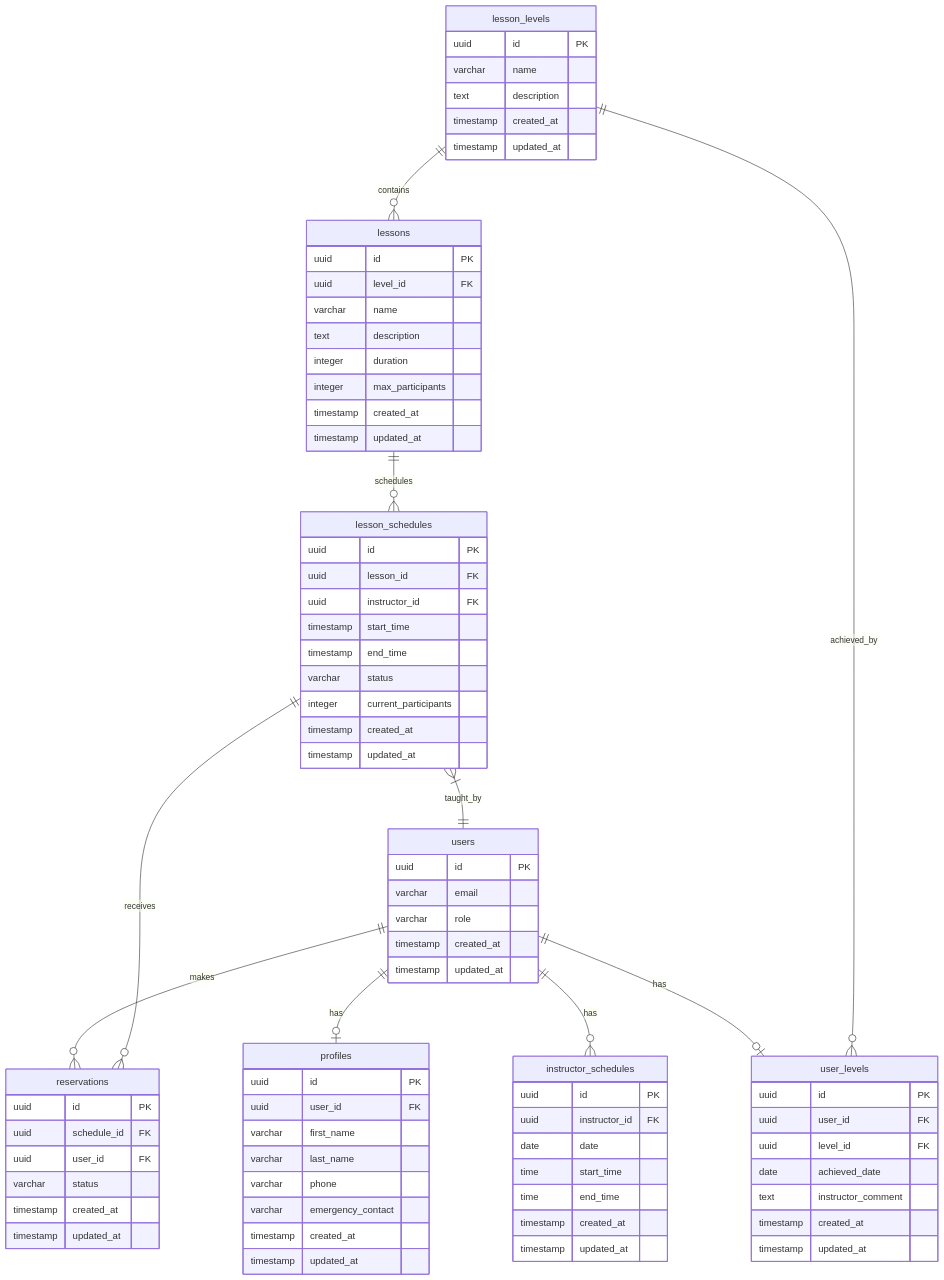
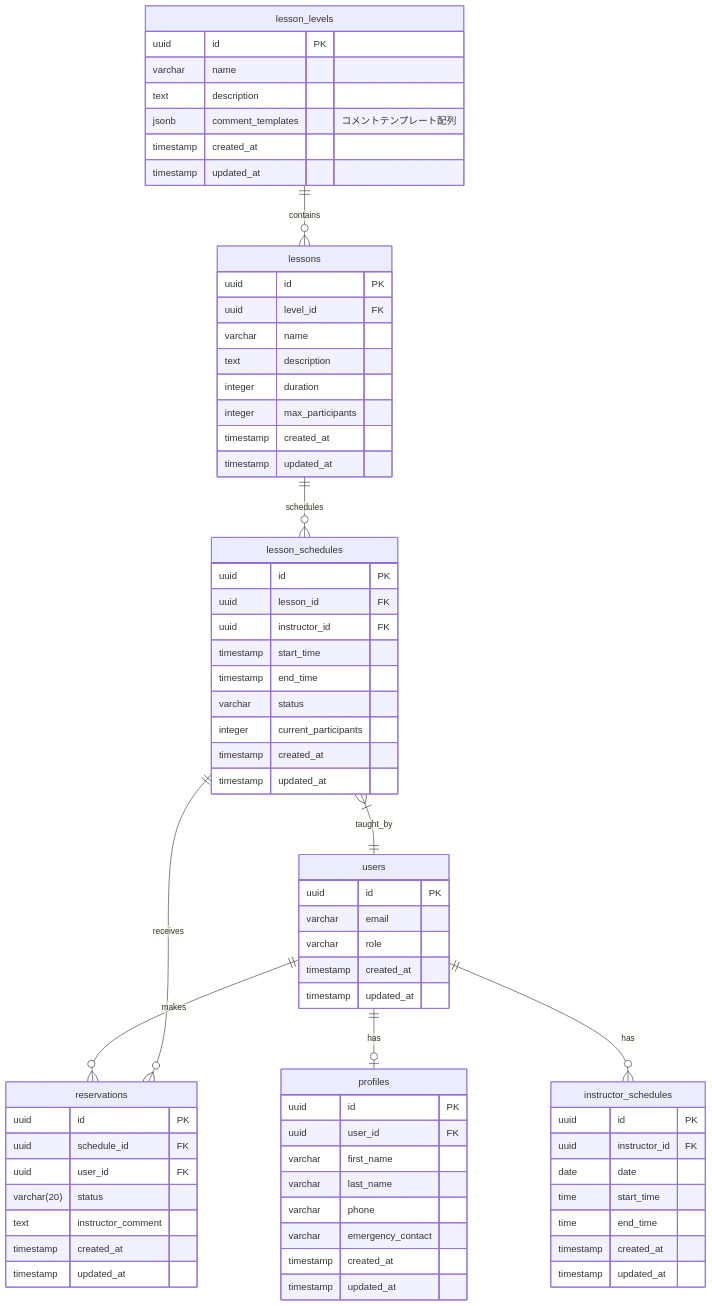
Before and after one commit to kater-iam/ski-school-management-2: the diagram in 04-DB設計.md, drawn with Mermaid. The commit also changed other lines of this file and 110 other files, not shown here.

Commit message:
- update reservations table and remove user_levels table

```diff
--- a/04-DB設計.md
+++ b/04-DB設計.md
@@ -7,10 +7,8 @@
     users ||--o| profiles : has
     users ||--o{ reservations : makes
     users ||--o{ instructor_schedules : has
-    users ||--o| user_levels : has
     
     lesson_levels ||--o{ lessons : contains
-    lesson_levels ||--o{ user_levels : achieved_by
     
     lessons ||--o{ lesson_schedules : schedules
     
@@ -40,16 +38,7 @@
         uuid id PK
         varchar name
         text description
-        timestamp created_at
-        timestamp updated_at
-    }
-    
-    user_levels {
-        uuid id PK
-        uuid user_id FK
-        uuid level_id FK
-        date achieved_date
-        text instructor_comment
+        jsonb comment_templates "コメントテンプレート配列"
         timestamp created_at
         timestamp updated_at
     }
@@ -81,7 +70,8 @@
         uuid id PK
         uuid schedule_id FK
         uuid user_id FK
-        varchar status
+        varchar(20) status
+        text instructor_comment
         timestamp created_at
         timestamp updated_at
     }
```
